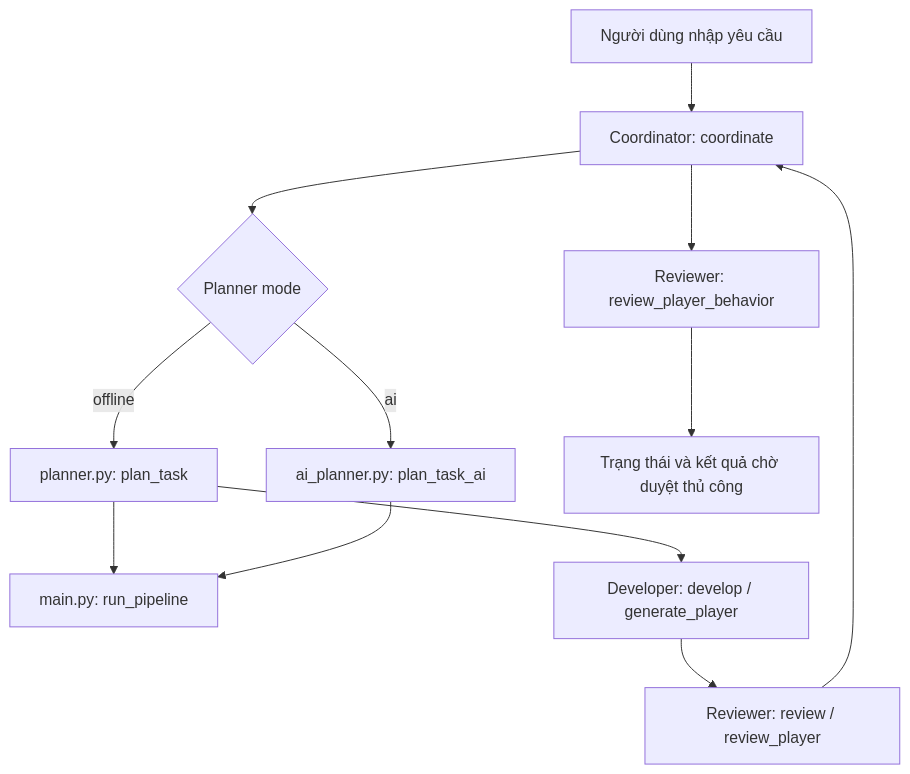
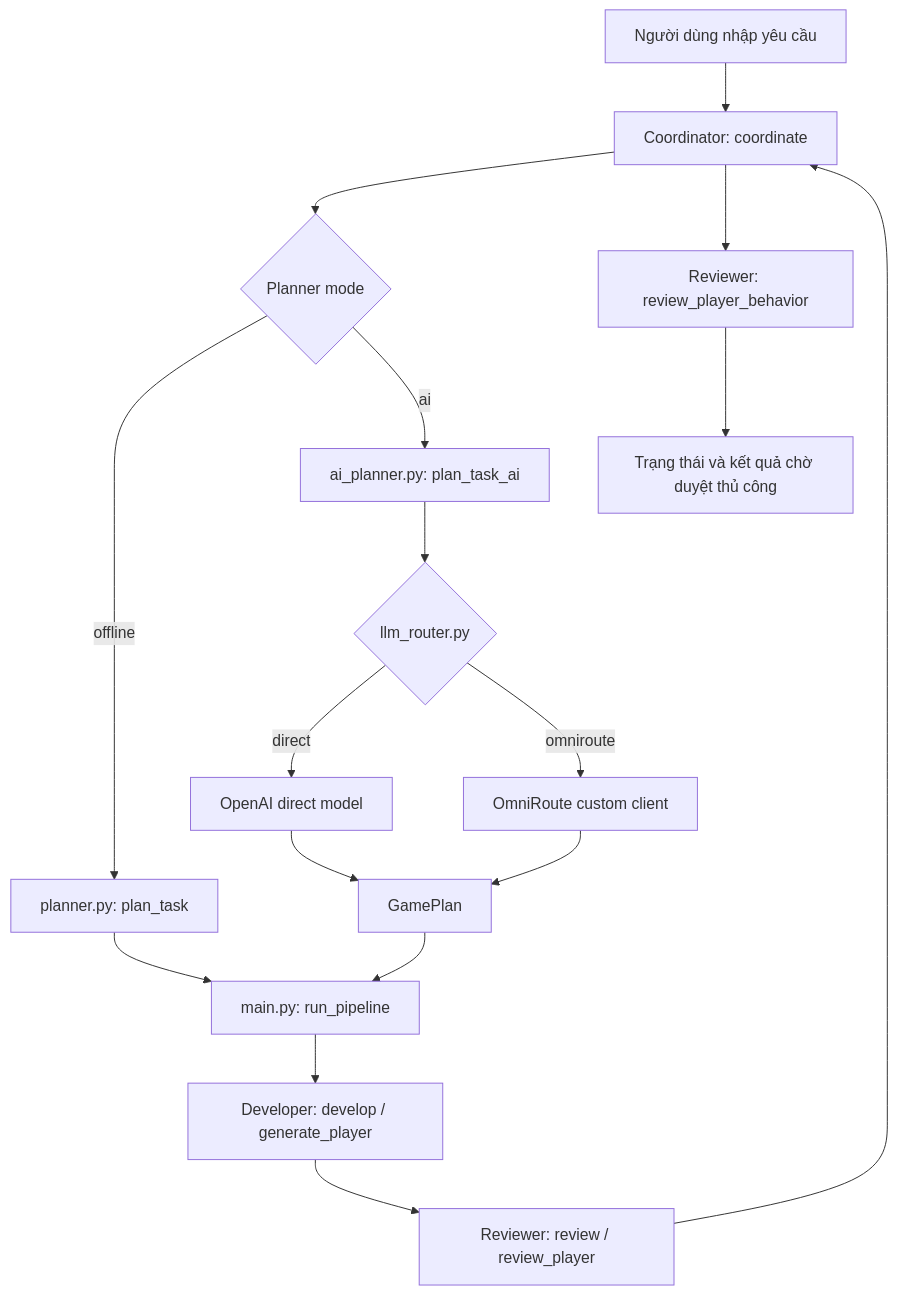
The diagram in docs/architecture.md (buitrungson09-maker/godot-ai-agents), drawn with Mermaid before and after one commit. The commit also changed other lines of this file and 3 other files, not shown here.

Commit message:
docs: document LLM router v2.1

````diff
--- a/docs/architecture.md
+++ b/docs/architecture.md
@@ -9,14 +10,17 @@
 ```mermaid
 flowchart TD
     U[Người dùng nhập yêu cầu] --> C[Coordinator: coordinate]
     C --> S{Planner mode}
     S -->|offline| P[planner.py: plan_task]
     S -->|ai| AP[ai_planner.py: plan_task_ai]
+    AP --> LR{llm_router.py}
+    LR -->|direct| OD[OpenAI direct model] --> GP[GamePlan]
+    LR -->|omniroute| OR[OmniRoute custom client] --> GP
     P --> M[main.py: run_pipeline]
-    AP --> M
-    P --> D[Developer: develop / generate_player]
+    GP --> M
+    M --> D[Developer: develop / generate_player]
     D --> R[Reviewer: review / review_player]
     R --> C
     C --> B[Reviewer: review_player_behavior]
     B --> O[Trạng thái và kết quả chờ duyệt thủ công]
 ```
````
